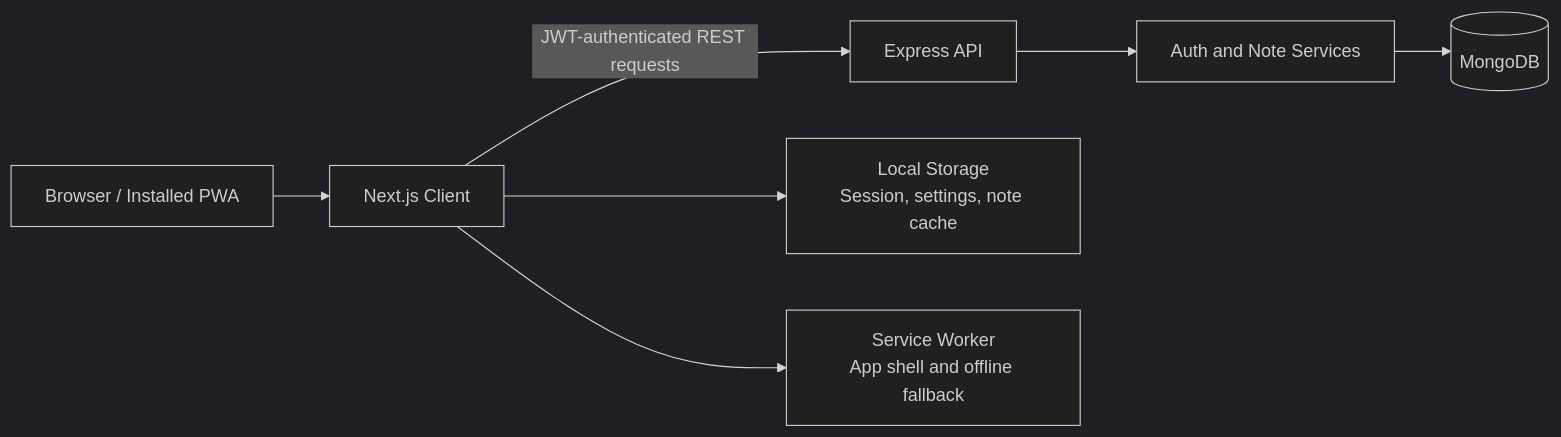
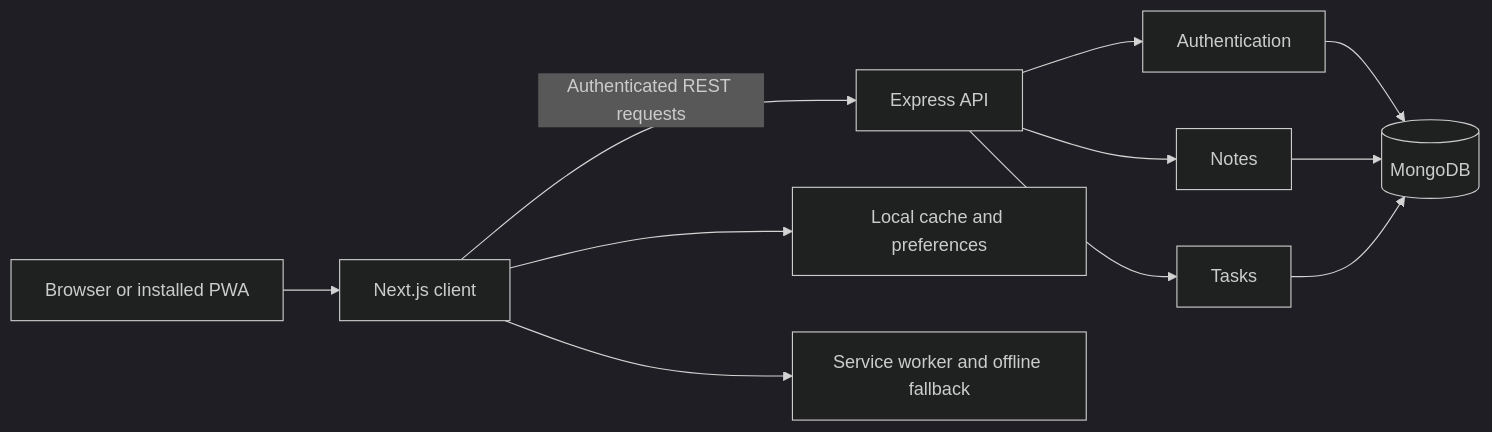
One commit to sammy00/Notezy changed the diagram in README.md. Above: the diagram before and after it, drawn with Mermaid (dark theme). The commit also changed other lines of this file and 23 other files, not shown here.

````diff
--- a/README.md
+++ b/README.md
@@ -87,9 +60,13 @@
 ```mermaid
 flowchart LR
-    U["Browser / Installed PWA"] --> C["Next.js Client"]
-    C -->|"JWT-authenticated REST requests"| A["Express API"]
-    A --> S["Auth and Note Services"]
-    S --> M[("MongoDB")]
-    C --> L["Local Storage\nSession, settings, note cache"]
-    C --> W["Service Worker\nApp shell and offline fallback"]
+    U["Browser or installed PWA"] --> C["Next.js client"]
+    C -->|"Authenticated REST requests"| A["Express API"]
+    A --> AU["Authentication"]
+    A --> N["Notes"]
+    A --> T["Tasks"]
+    AU --> M[("MongoDB")]
+    N --> M
+    T --> M
+    C --> L["Local cache and preferences"]
+    C --> W["Service worker and offline fallback"]
 ```
````
